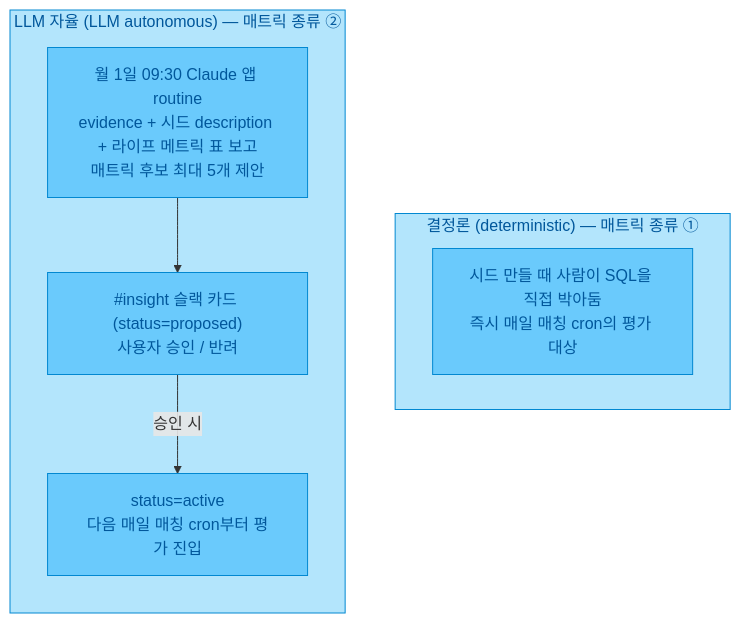
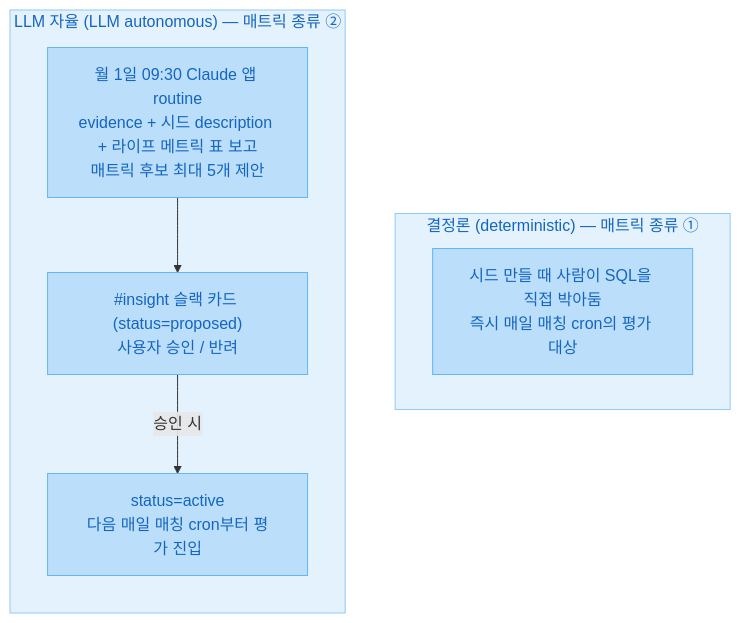
The eighth of 9 diagrams in docs/explainers/insight-v2.md (hyewon3938/slack-ai-agents), drawn with Mermaid before and after one commit. The commit also changed other lines of this file, not shown here.

````diff
--- a/docs/explainers/insight-v2.md
+++ b/docs/explainers/insight-v2.md
@@ -384,20 +384,20 @@
 ```mermaid
 flowchart TB
   subgraph DET["결정론 (deterministic) — 매트릭 종류 ①"]
     DET1["시드 만들 때 사람이 SQL을 직접 박아둠<br/>즉시 매일 매칭 cron의 평가 대상"]
   end
 
   subgraph LLM["LLM 자율 (LLM autonomous) — 매트릭 종류 ②"]
     direction TB
     L1["월 1일 09:30 Claude 앱 routine<br/>evidence + 시드 description + 라이프 메트릭 표 보고<br/>매트릭 후보 최대 5개 제안"]
     L2["#insight 슬랙 카드 (status=proposed)<br/>사용자 승인 / 반려"]
     L3["status=active<br/>다음 매일 매칭 cron부터 평가 진입"]
     L1 --> L2
     L2 -- 승인 시 --> L3
   end
 
-  classDef metricBox fill:#B3E5FC,stroke:#0288d1,color:#01579b
-  classDef metricNode fill:#6ACAFC,stroke:#0288d1,color:#01579b
+  classDef metricBox fill:#E3F2FD,stroke:#90CAF9,color:#1565C0
+  classDef metricNode fill:#BBDEFB,stroke:#64B5F6,color:#1565C0
   class DET,LLM metricBox
   class DET1,L1,L2,L3 metricNode
 ```
````
